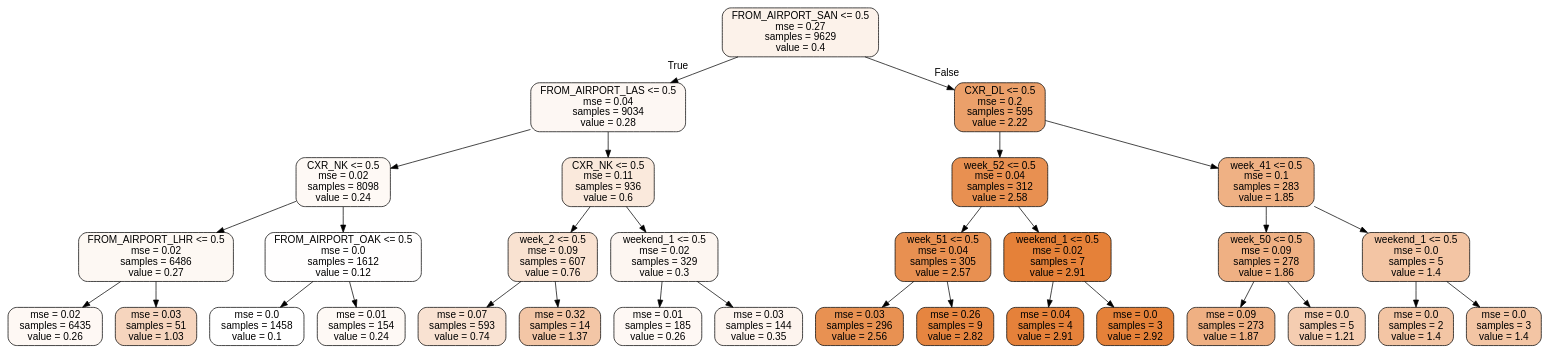
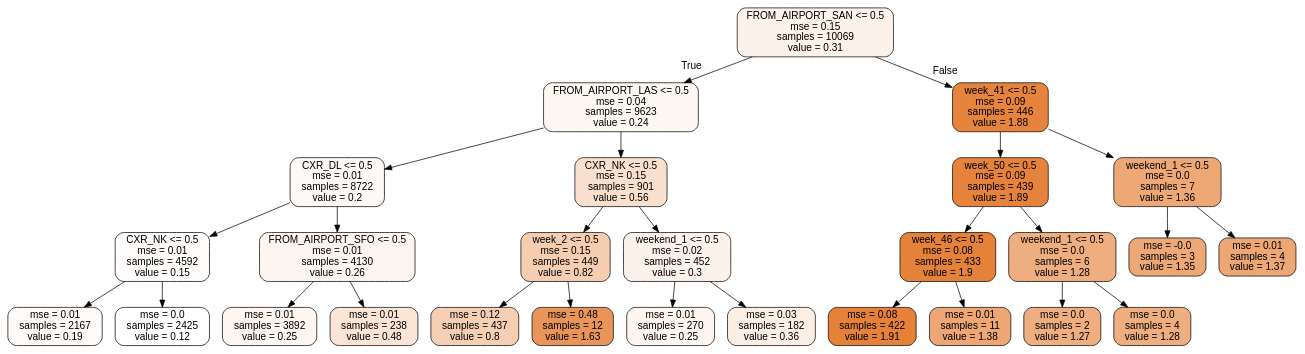
Before and after one commit to raghavsood35/capstone_ql2_software: the diagram in Jupyter Scripts/tree.dot, drawn with Graphviz. The commit also changed 4 other files, not shown here.

```diff
--- a/Jupyter Scripts/tree.dot
+++ b/Jupyter Scripts/tree.dot
@@ -1,65 +1,57 @@
 digraph Tree {
 node [shape=box, style="filled, rounded", color="black", fontname=helvetica] ;
 edge [fontname=helvetica] ;
-0 [label="FROM_AIRPORT_SAN <= 0.5\nmse = 0.27\nsamples = 9629\nvalue = 0.4", fillcolor="#fcf2ea"] ;
-1 [label="FROM_AIRPORT_LAS <= 0.5\nmse = 0.04\nsamples = 9034\nvalue = 0.28", fillcolor="#fdf7f3"] ;
+0 [label="FROM_AIRPORT_SAN <= 0.5\nmse = 0.15\nsamples = 10069\nvalue = 0.31", fillcolor="#fcf2ea"] ;
+1 [label="FROM_AIRPORT_LAS <= 0.5\nmse = 0.04\nsamples = 9623\nvalue = 0.24", fillcolor="#fdf7f2"] ;
 0 -> 1 [labeldistance=2.5, labelangle=45, headlabel="True"] ;
-2 [label="CXR_NK <= 0.5\nmse = 0.02\nsamples = 8098\nvalue = 0.24", fillcolor="#fef9f5"] ;
+2 [label="CXR_DL <= 0.5\nmse = 0.01\nsamples = 8722\nvalue = 0.2", fillcolor="#fef9f6"] ;
 1 -> 2 ;
-3 [label="FROM_AIRPORT_LHR <= 0.5\nmse = 0.02\nsamples = 6486\nvalue = 0.27", fillcolor="#fdf8f3"] ;
+3 [label="CXR_NK <= 0.5\nmse = 0.01\nsamples = 4592\nvalue = 0.15", fillcolor="#fffdfb"] ;
 2 -> 3 ;
-4 [label="mse = 0.02\nsamples = 6435\nvalue = 0.26", fillcolor="#fef8f4"] ;
+4 [label="mse = 0.01\nsamples = 2167\nvalue = 0.19", fillcolor="#fefaf7"] ;
 3 -> 4 ;
-5 [label="mse = 0.03\nsamples = 51\nvalue = 1.03", fillcolor="#f6d5be"] ;
+5 [label="mse = 0.0\nsamples = 2425\nvalue = 0.12", fillcolor="#ffffff"] ;
 3 -> 5 ;
-6 [label="FROM_AIRPORT_OAK <= 0.5\nmse = 0.0\nsamples = 1612\nvalue = 0.12", fillcolor="#fffefe"] ;
+6 [label="FROM_AIRPORT_SFO <= 0.5\nmse = 0.01\nsamples = 4130\nvalue = 0.26", fillcolor="#fdf5ef"] ;
 2 -> 6 ;
-7 [label="mse = 0.0\nsamples = 1458\nvalue = 0.1", fillcolor="#ffffff"] ;
+7 [label="mse = 0.01\nsamples = 3892\nvalue = 0.25", fillcolor="#fdf6f1"] ;
 6 -> 7 ;
-8 [label="mse = 0.01\nsamples = 154\nvalue = 0.24", fillcolor="#fef9f5"] ;
+8 [label="mse = 0.01\nsamples = 238\nvalue = 0.48", fillcolor="#fae5d7"] ;
 6 -> 8 ;
-9 [label="CXR_NK <= 0.5\nmse = 0.11\nsamples = 936\nvalue = 0.6", fillcolor="#fae9dc"] ;
+9 [label="CXR_NK <= 0.5\nmse = 0.15\nsamples = 901\nvalue = 0.56", fillcolor="#f9e0ce"] ;
 1 -> 9 ;
-10 [label="week_2 <= 0.5\nmse = 0.09\nsamples = 607\nvalue = 0.76", fillcolor="#f9e2d1"] ;
+10 [label="week_2 <= 0.5\nmse = 0.15\nsamples = 449\nvalue = 0.82", fillcolor="#f5ceb1"] ;
 9 -> 10 ;
-11 [label="mse = 0.07\nsamples = 593\nvalue = 0.74", fillcolor="#f9e2d2"] ;
+11 [label="mse = 0.12\nsamples = 437\nvalue = 0.8", fillcolor="#f5cfb4"] ;
 10 -> 11 ;
-12 [label="mse = 0.32\nsamples = 14\nvalue = 1.37", fillcolor="#f3c6a6"] ;
+12 [label="mse = 0.48\nsamples = 12\nvalue = 1.63", fillcolor="#e99559"] ;
 10 -> 12 ;
-13 [label="weekend_1 <= 0.5\nmse = 0.02\nsamples = 329\nvalue = 0.3", fillcolor="#fdf6f1"] ;
+13 [label="weekend_1 <= 0.5\nmse = 0.02\nsamples = 452\nvalue = 0.3", fillcolor="#fcf2eb"] ;
 9 -> 13 ;
-14 [label="mse = 0.01\nsamples = 185\nvalue = 0.26", fillcolor="#fef8f4"] ;
+14 [label="mse = 0.01\nsamples = 270\nvalue = 0.25", fillcolor="#fdf6f0"] ;
 13 -> 14 ;
-15 [label="mse = 0.03\nsamples = 144\nvalue = 0.35", fillcolor="#fdf4ee"] ;
+15 [label="mse = 0.03\nsamples = 182\nvalue = 0.36", fillcolor="#fbeee4"] ;
 13 -> 15 ;
-16 [label="CXR_DL <= 0.5\nmse = 0.2\nsamples = 595\nvalue = 2.22", fillcolor="#eba06a"] ;
+16 [label="week_41 <= 0.5\nmse = 0.09\nsamples = 446\nvalue = 1.88", fillcolor="#e6843d"] ;
 0 -> 16 [labeldistance=2.5, labelangle=-45, headlabel="False"] ;
-17 [label="week_52 <= 0.5\nmse = 0.04\nsamples = 312\nvalue = 2.58", fillcolor="#e89051"] ;
+17 [label="week_50 <= 0.5\nmse = 0.09\nsamples = 439\nvalue = 1.89", fillcolor="#e5833c"] ;
 16 -> 17 ;
-18 [label="week_51 <= 0.5\nmse = 0.04\nsamples = 305\nvalue = 2.57", fillcolor="#e89051"] ;
+18 [label="week_46 <= 0.5\nmse = 0.08\nsamples = 433\nvalue = 1.9", fillcolor="#e5823a"] ;
 17 -> 18 ;
-19 [label="mse = 0.03\nsamples = 296\nvalue = 2.56", fillcolor="#e89152"] ;
+19 [label="mse = 0.08\nsamples = 422\nvalue = 1.91", fillcolor="#e58139"] ;
 18 -> 19 ;
-20 [label="mse = 0.26\nsamples = 9\nvalue = 2.82", fillcolor="#e68540"] ;
+20 [label="mse = 0.01\nsamples = 11\nvalue = 1.38", fillcolor="#eda674"] ;
 18 -> 20 ;
-21 [label="weekend_1 <= 0.5\nmse = 0.02\nsamples = 7\nvalue = 2.91", fillcolor="#e58139"] ;
+21 [label="weekend_1 <= 0.5\nmse = 0.0\nsamples = 6\nvalue = 1.28", fillcolor="#eeae7f"] ;
 17 -> 21 ;
-22 [label="mse = 0.04\nsamples = 4\nvalue = 2.91", fillcolor="#e5813a"] ;
+22 [label="mse = 0.0\nsamples = 2\nvalue = 1.27", fillcolor="#eeae80"] ;
 21 -> 22 ;
-23 [label="mse = 0.0\nsamples = 3\nvalue = 2.92", fillcolor="#e58139"] ;
+23 [label="mse = 0.0\nsamples = 4\nvalue = 1.28", fillcolor="#eeae7f"] ;
 21 -> 23 ;
-24 [label="week_41 <= 0.5\nmse = 0.1\nsamples = 283\nvalue = 1.85", fillcolor="#efb184"] ;
+24 [label="weekend_1 <= 0.5\nmse = 0.0\nsamples = 7\nvalue = 1.36", fillcolor="#eda876"] ;
 16 -> 24 ;
-25 [label="week_50 <= 0.5\nmse = 0.09\nsamples = 278\nvalue = 1.86", fillcolor="#efb083"] ;
+25 [label="mse = -0.0\nsamples = 3\nvalue = 1.35", fillcolor="#eda877"] ;
 24 -> 25 ;
-26 [label="mse = 0.09\nsamples = 273\nvalue = 1.87", fillcolor="#efb083"] ;
-25 -> 26 ;
-27 [label="mse = 0.0\nsamples = 5\nvalue = 1.21", fillcolor="#f5cdb1"] ;
-25 -> 27 ;
-28 [label="weekend_1 <= 0.5\nmse = 0.0\nsamples = 5\nvalue = 1.4", fillcolor="#f3c5a4"] ;
-24 -> 28 ;
-29 [label="mse = 0.0\nsamples = 2\nvalue = 1.4", fillcolor="#f3c5a4"] ;
-28 -> 29 ;
-30 [label="mse = 0.0\nsamples = 3\nvalue = 1.4", fillcolor="#f3c5a4"] ;
-28 -> 30 ;
+26 [label="mse = 0.01\nsamples = 4\nvalue = 1.37", fillcolor="#eda775"] ;
+24 -> 26 ;
 }
```
